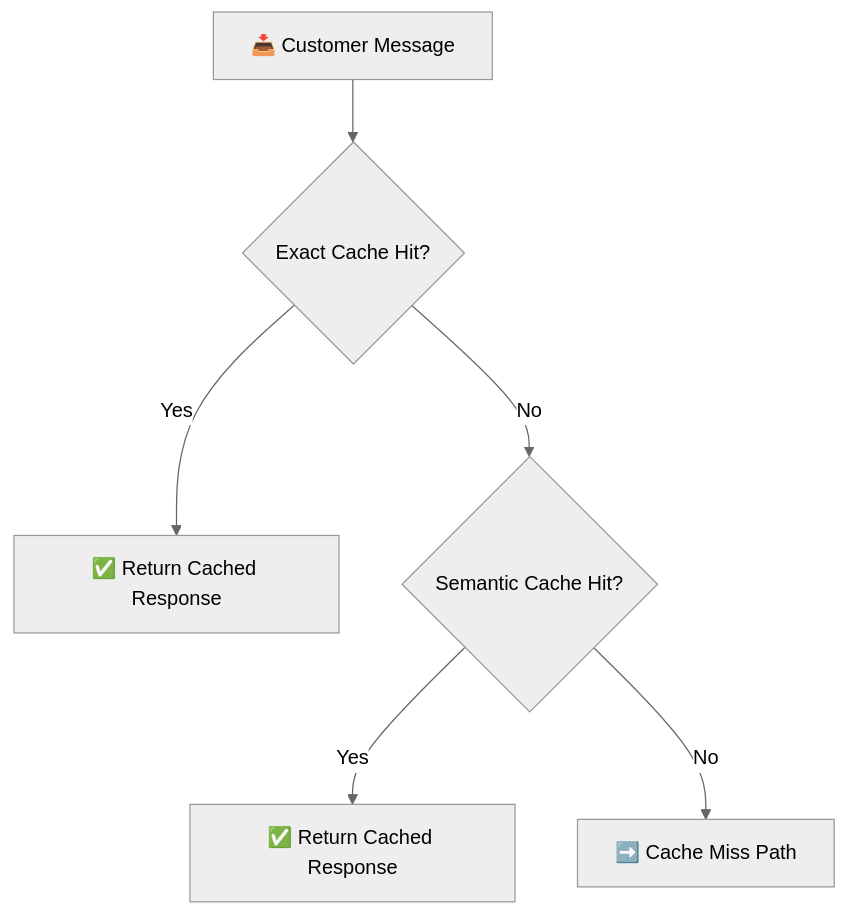
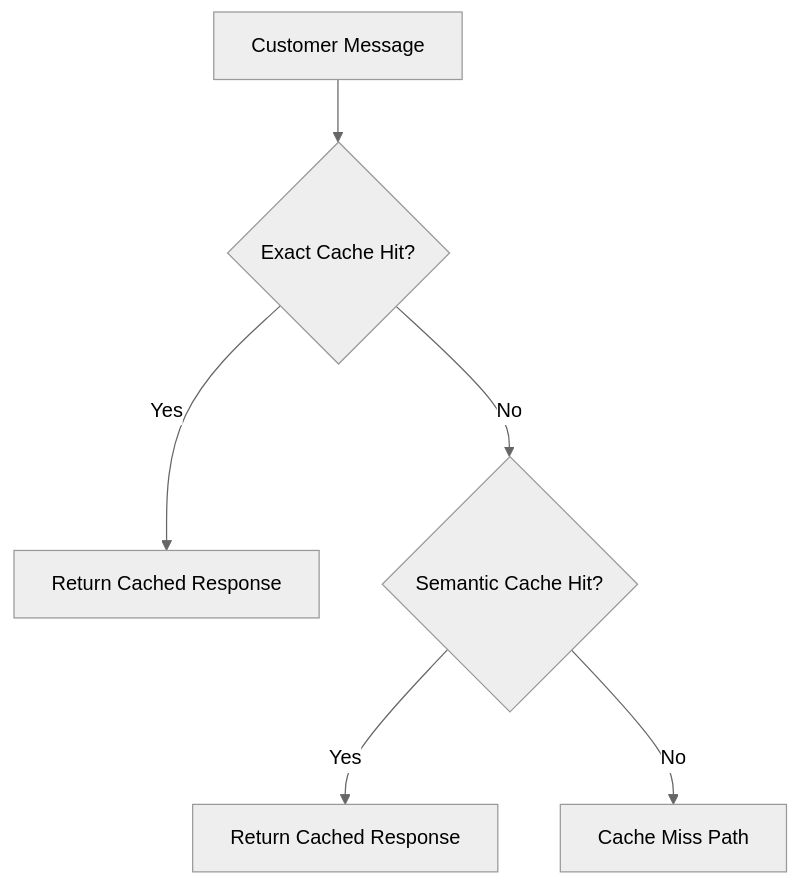
The second of 5 diagrams in README.md (kjayashr/deal-closer), drawn with Mermaid (neutral theme) before and after one commit. The commit also changed other lines of this file, not shown here.

First line of the commit message:
Fix Mermaid diagrams in README - remove emojis from node labels

````diff
--- a/README.md
+++ b/README.md
@@ -219,8 +219,8 @@
 ```mermaid
 flowchart TD
-    Start[📥 Customer Message] --> Exact{Exact Cache Hit?}
-    Exact -->|Yes| ExactReturn[✅ Return Cached Response]
+    Start[Customer Message] --> Exact{Exact Cache Hit?}
+    Exact -->|Yes| ExactReturn[Return Cached Response]
     Exact -->|No| Semantic{Semantic Cache Hit?}
-    Semantic -->|Yes| SemanticReturn[✅ Return Cached Response]
-    Semantic -->|No| Miss[➡️ Cache Miss Path]
+    Semantic -->|Yes| SemanticReturn[Return Cached Response]
+    Semantic -->|No| Miss[Cache Miss Path]
 ```
````
